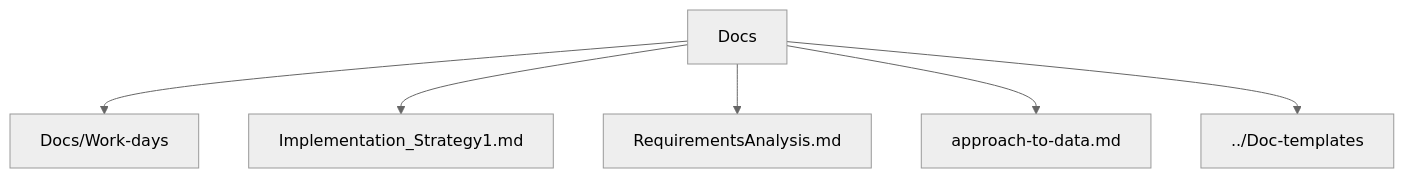
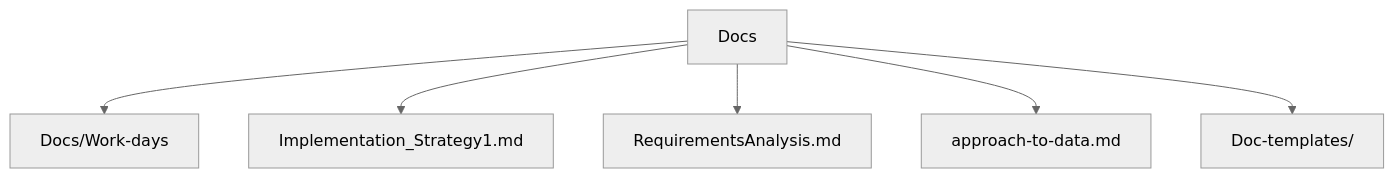
Before and after one commit to Fnux8890/Proactive-thesis: the diagram in ProjectDocs/docs_resources.md, drawn with Mermaid (neutral theme).

````diff
--- a/ProjectDocs/docs_resources.md
+++ b/ProjectDocs/docs_resources.md
@@ -5,8 +5,8 @@
 ```mermaid
 graph TD
     Docs --> WorkDays["Docs/Work-days"]
     Docs --> Strategy["Implementation_Strategy1.md"]
     Docs --> Requirements["RequirementsAnalysis.md"]
     Docs --> Approach["approach-to-data.md"]
-    Docs --> Templates["../Doc-templates"]
+    Docs --> Templates["Doc-templates/"]
 ```
````
